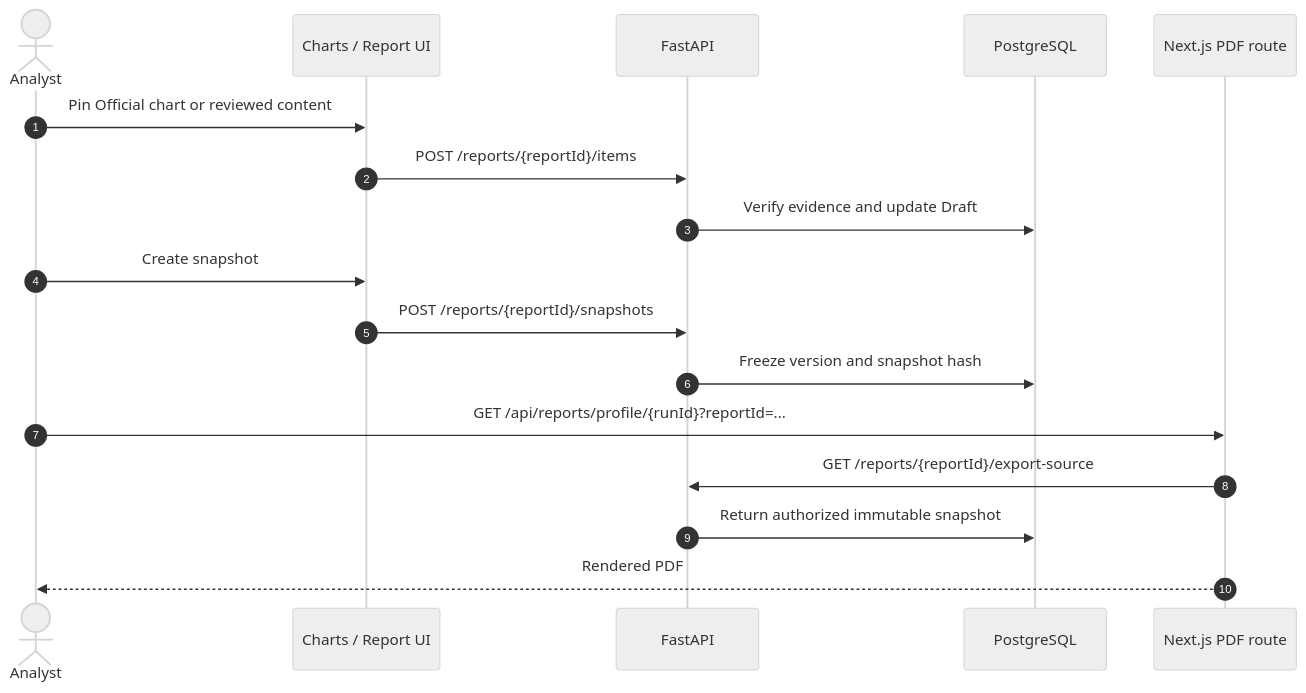
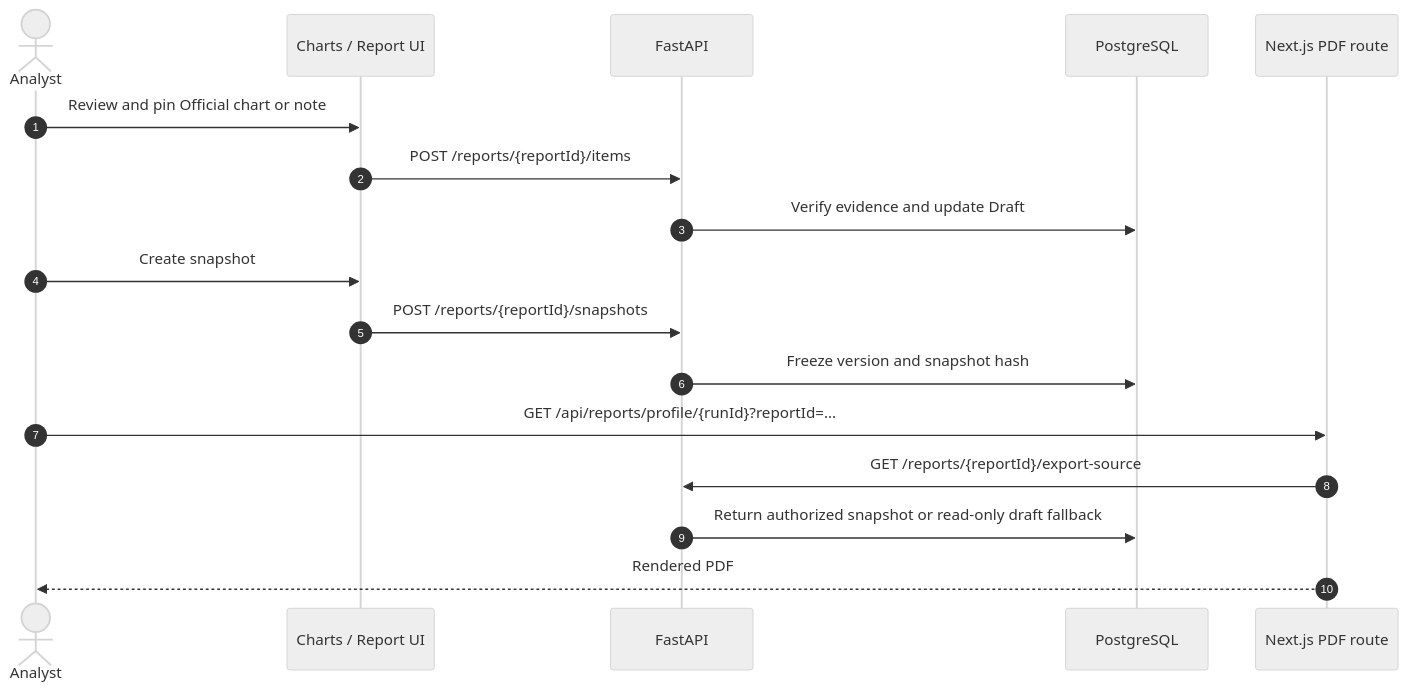
Before and after one commit to mhiu05/VDaAgent: the fifth of 5 diagrams in ARCHITECTURE.md, drawn with Mermaid (neutral theme). The commit also changed other lines of this file and 31 other files, not shown here.

````diff
--- a/ARCHITECTURE.md
+++ b/ARCHITECTURE.md
@@ -291,20 +347,20 @@
 ```mermaid
 sequenceDiagram
     autonumber
     actor A as Analyst
     participant UI as Charts / Report UI
     participant API as FastAPI
     participant DB as PostgreSQL
     participant PDF as Next.js PDF route
 
-    A->>UI: Pin Official chart or reviewed content
+    A->>UI: Review and pin Official chart or note
     UI->>API: POST /reports/{reportId}/items
     API->>DB: Verify evidence and update Draft
     A->>UI: Create snapshot
     UI->>API: POST /reports/{reportId}/snapshots
     API->>DB: Freeze version and snapshot hash
     A->>PDF: GET /api/reports/profile/{runId}?reportId=...
     PDF->>API: GET /reports/{reportId}/export-source
-    API->>DB: Return authorized immutable snapshot
+    API->>DB: Return authorized snapshot or read-only draft fallback
     PDF-->>A: Rendered PDF
 ```
````
